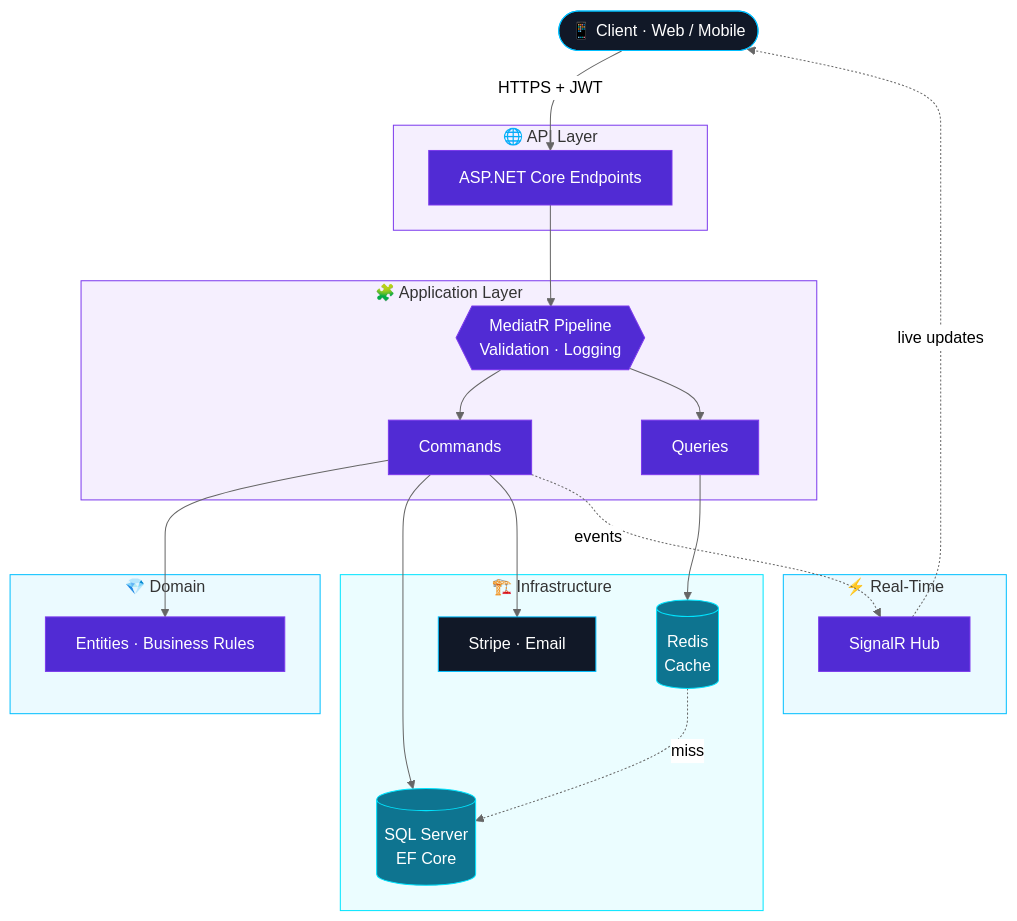
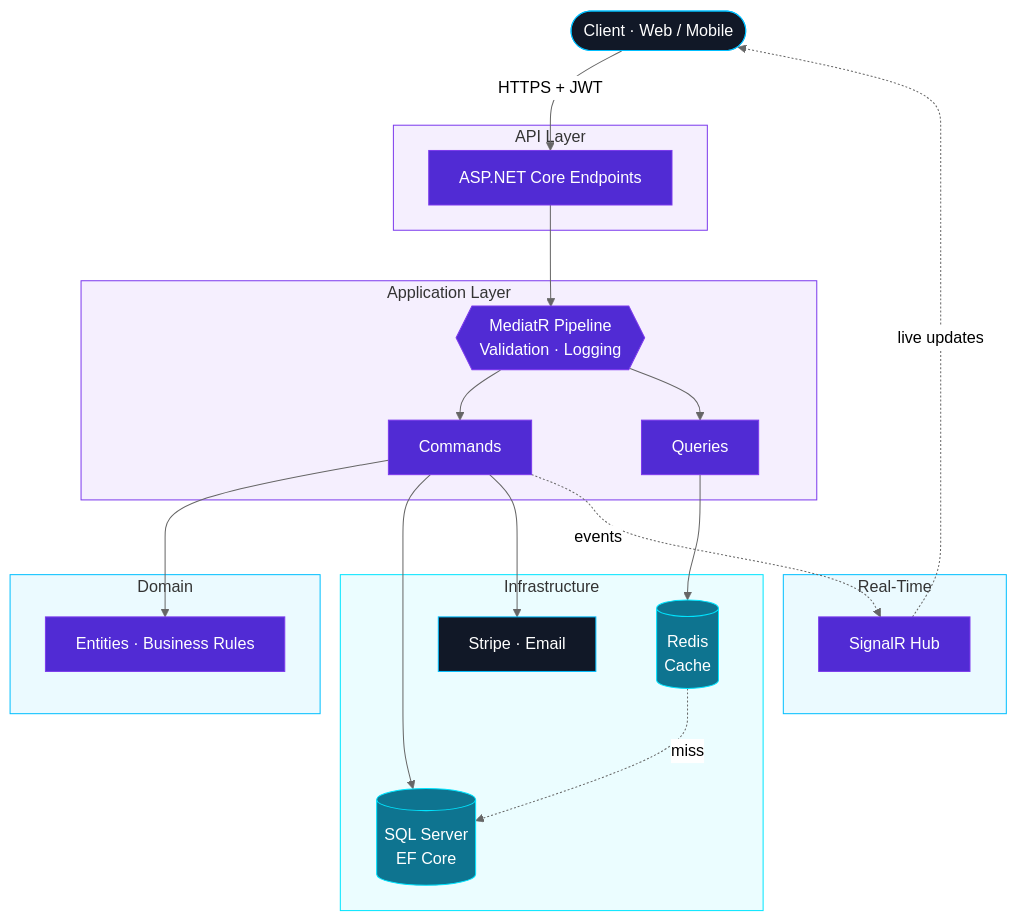
One commit to HossamTohamy1/HossamTohamy1 changed the diagram in README.md. Above: the diagram before and after it, drawn with Mermaid (neutral theme). The commit also changed other lines of this file, not shown here.

````diff
--- a/README.md
+++ b/README.md
@@ -59,51 +22,51 @@
 ```mermaid
 flowchart TB
-    client(["📱 Client · Web / Mobile"])
+    client(["Client · Web / Mobile"])
 
-    subgraph api ["🌐 API Layer"]
+    subgraph api ["API Layer"]
         ep["ASP.NET Core Endpoints"]
     end
 
-    subgraph rt ["⚡ Real-Time"]
+    subgraph rt ["Real-Time"]
         hub["SignalR Hub"]
     end
 
-    subgraph app ["🧩 Application Layer"]
+    subgraph app ["Application Layer"]
         med{{"MediatR Pipeline<br/>Validation · Logging"}}
         cmd["Commands"]
         qry["Queries"]
     end
 
-    subgraph core ["💎 Domain"]
+    subgraph core ["Domain"]
         ent["Entities · Business Rules"]
     end
 
-    subgraph infra ["🏗️ Infrastructure"]
+    subgraph infra ["Infrastructure"]
         db[("SQL Server<br/>EF Core")]
         cache[("Redis<br/>Cache")]
         ext["Stripe · Email"]
     end
 
     client -- "HTTPS + JWT" --> ep
     ep --> med
     med --> cmd & qry
     cmd --> ent
     cmd --> db
     cmd --> ext
     qry --> cache
     cache -. "miss" .-> db
     cmd -. "events" .-> hub
     hub -. "live updates" .-> client
 
     classDef svc fill:#512BD4,stroke:#7C3AED,color:#FFFFFF
     classDef store fill:#0E7490,stroke:#00E5FF,color:#FFFFFF
     classDef outer fill:#111827,stroke:#00BFFF,color:#FFFFFF
     class ep,hub,med,cmd,qry,ent svc
     class db,cache store
     class client,ext outer
     style api fill:#7C3AED14,stroke:#7C3AED
     style rt fill:#00BFFF14,stroke:#00BFFF
     style app fill:#7C3AED14,stroke:#7C3AED
     style core fill:#00BFFF14,stroke:#00BFFF
     style infra fill:#00E5FF14,stroke:#00E5FF
 ```
````
